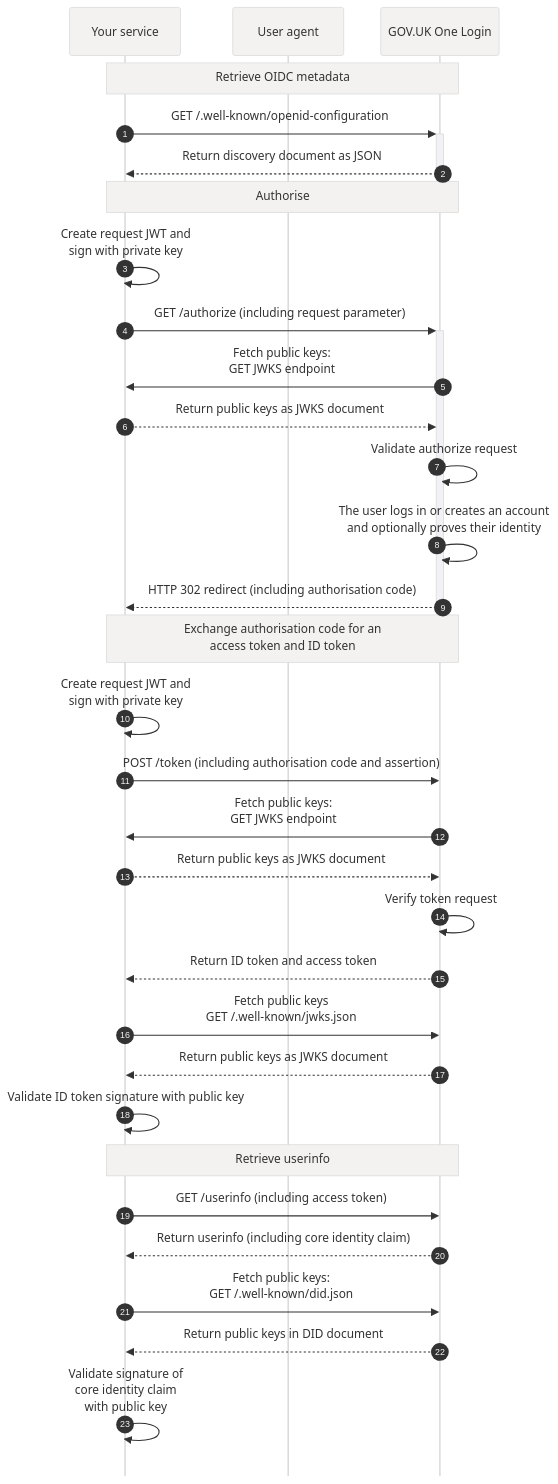
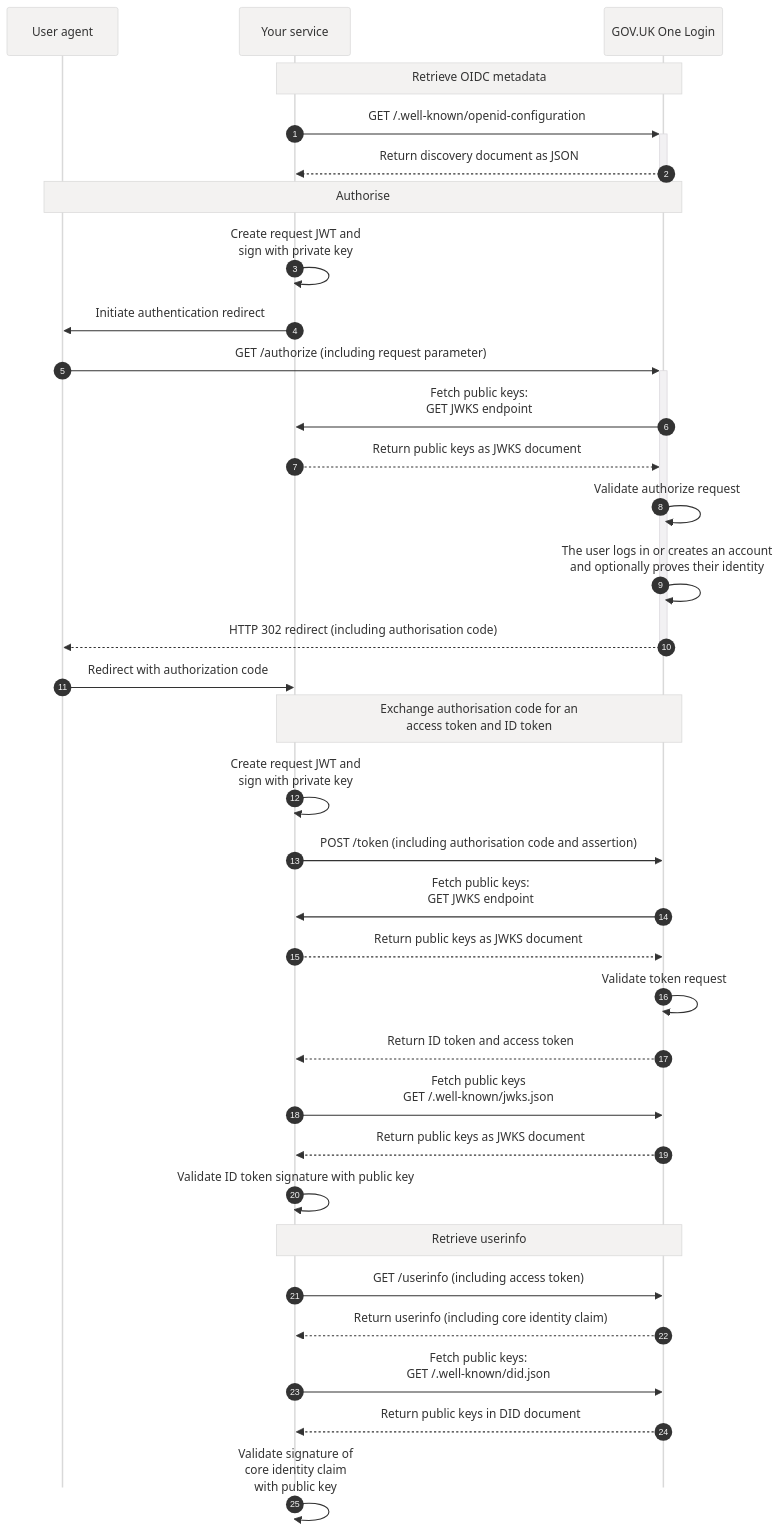
Before and after one commit to govuk-one-login/tech-docs: the diagram in source/images/originals/technical-flow-diagram-extended.mmd, drawn with Mermaid. The commit also changed 2 other files, not shown here.

Commit message:
add user agent and renumber calls

```diff
--- a/source/images/originals/technical-flow-diagram-extended.mmd
+++ b/source/images/originals/technical-flow-diagram-extended.mmd
@@ -1,41 +1,43 @@
 ---
 config:
   mirrorActors: false
   theme: base
   themeVariables:
     primaryColor: "#f3f2f1"
     fontSize: 24px 
     noteBkgColor: "#f3f2f1"  
 ---
 ﻿﻿sequenceDiagram
   autonumber
+  participant UA as User agent
   participant S as Your service
-  participant U as User agent
   participant OL as GOV.UK One Login
   Note over S,OL: Retrieve OIDC metadata
   S->>+OL: GET /.well-known/openid-configuration
   OL-->>-S: Return discovery document as JSON 
-  Note over S,OL: Authorise
+  Note over UA,OL: Authorise
   S->>S: Create request JWT and <br/>sign with private key
-  S->>+OL: GET /authorize (including request parameter)
+  S->>UA: Initiate authentication redirect
+  UA->>+OL: GET /authorize (including request parameter)
   OL->>S: Fetch public keys:<br/>GET JWKS endpoint
   S-->>OL: Return public keys as JWKS document
   OL->>OL: Validate authorize request
   OL->>OL: The user logs in or creates an account<br/>and optionally proves their identity
-  OL-->>-S: HTTP 302 redirect (including authorisation code)
+  OL-->>-UA: HTTP 302 redirect (including authorisation code)
+  UA->>S: Redirect with authorization code
   Note over S,OL: Exchange authorisation code for an <br/>access token and ID token
   S->>S: Create request JWT and <br/>sign with private key
   S->>OL: POST /token (including authorisation code and assertion)
   OL->>S: Fetch public keys:<br/>GET JWKS endpoint
   S-->>OL: Return public keys as JWKS document
-  OL->>OL: Verify token request
+  OL->>OL: Validate token request
   OL-->>S: Return ID token and access token
   S->>OL: Fetch public keys<br/>GET /.well-known/jwks.json
   OL-->>S: Return public keys as JWKS document 
   S->>S: Validate ID token signature with public key
   Note over S,OL: Retrieve userinfo 
   S->>OL: GET /userinfo (including access token)
   OL-->>S: Return userinfo (including core identity claim)
   S->>OL: Fetch public keys:<br/>GET /.well-known/did.json
   OL-->>S: Return public keys in DID document
   S->>S: Validate signature of<br/>core identity claim<br/>with public key 
```
